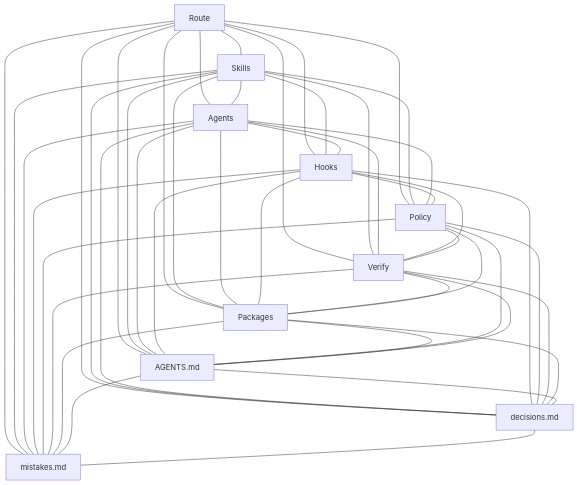
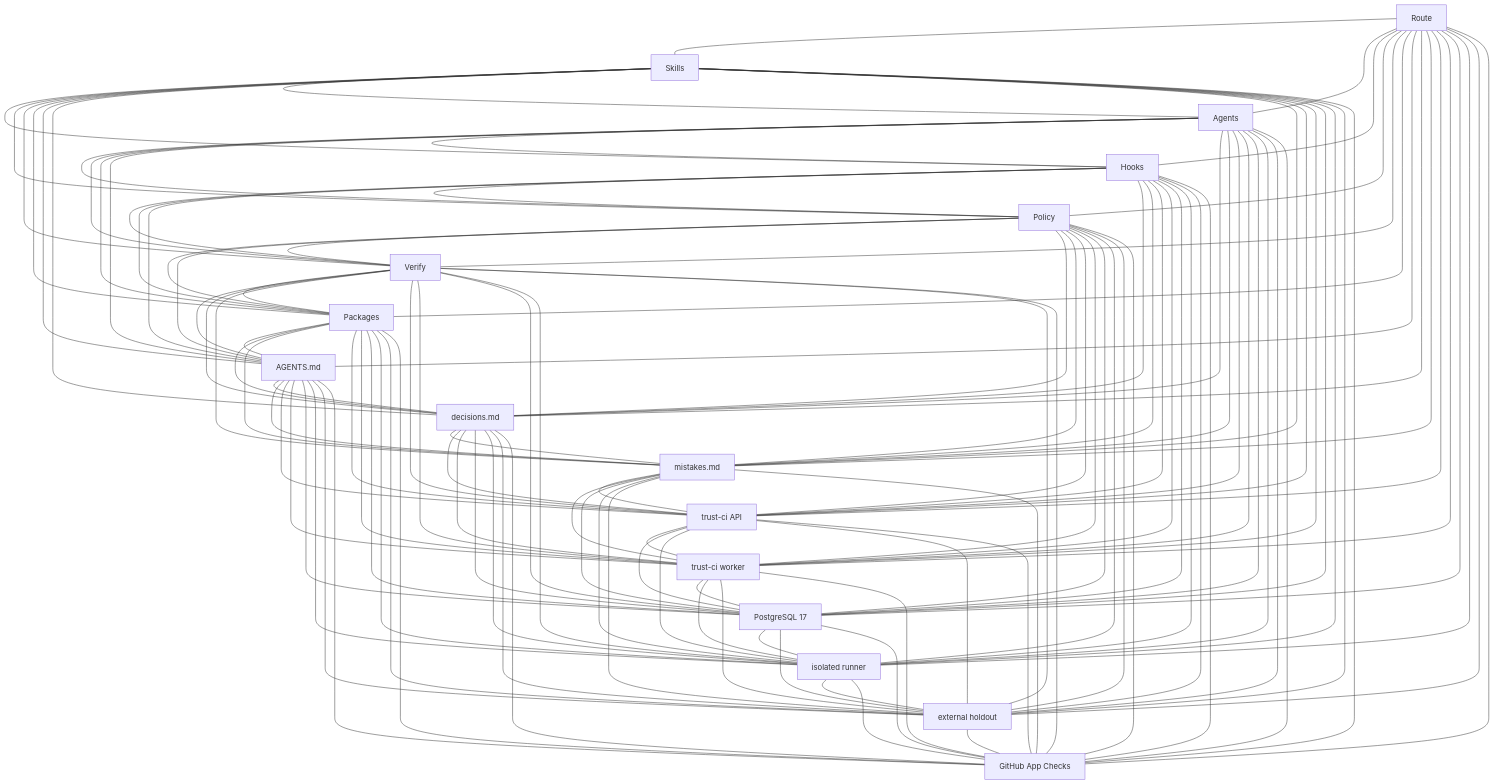
Before and after one commit to Dimkox/adaptive-grok-build-pro: the diagram in README.md, drawn with Mermaid. The commit also changed other lines of this file and 62 other files, not shown here.

````diff
--- a/README.md
+++ b/README.md
@@ -69,6 +70,12 @@
   Contract["AGENTS.md"]
   Decisions["decisions.md"]
   Mistakes["mistakes.md"]
+  TrustAPI["trust-ci API"]
+  TrustWorker["trust-ci worker"]
+  Postgres["PostgreSQL 17"]
+  Runner["isolated runner"]
+  Holdout["external holdout"]
+  GitHubApp["GitHub App Checks"]
   Route --- Skills
   Route --- Agents
   Route --- Hooks
@@ -78,6 +85,12 @@
   Route --- Contract
   Route --- Decisions
   Route --- Mistakes
+  Route --- TrustAPI
+  Route --- TrustWorker
+  Route --- Postgres
+  Route --- Runner
+  Route --- Holdout
+  Route --- GitHubApp
   Skills --- Agents
   Skills --- Hooks
   Skills --- Policy
@@ -86,6 +99,12 @@
   Skills --- Contract
   Skills --- Decisions
   Skills --- Mistakes
+  Skills --- TrustAPI
+  Skills --- TrustWorker
+  Skills --- Postgres
+  Skills --- Runner
+  Skills --- Holdout
+  Skills --- GitHubApp
   Agents --- Hooks
   Agents --- Policy
   Agents --- Verify
@@ -93,25 +112,88 @@
   Agents --- Contract
   Agents --- Decisions
   Agents --- Mistakes
+  Agents --- TrustAPI
+  Agents --- TrustWorker
+  Agents --- Postgres
+  Agents --- Runner
+  Agents --- Holdout
+  Agents --- GitHubApp
   Hooks --- Policy
   Hooks --- Verify
   Hooks --- Packages
   Hooks --- Contract
   Hooks --- Decisions
   Hooks --- Mistakes
+  Hooks --- TrustAPI
+  Hooks --- TrustWorker
+  Hooks --- Postgres
+  Hooks --- Runner
+  Hooks --- Holdout
+  Hooks --- GitHubApp
   Policy --- Verify
   Policy --- Packages
   Policy --- Contract
   Policy --- Decisions
   Policy --- Mistakes
+  Policy --- TrustAPI
+  Policy --- TrustWorker
+  Policy --- Postgres
+  Policy --- Runner
+  Policy --- Holdout
+  Policy --- GitHubApp
   Verify --- Packages
   Verify --- Contract
   Verify --- Decisions
   Verify --- Mistakes
+  Verify --- TrustAPI
+  Verify --- TrustWorker
+  Verify --- Postgres
+  Verify --- Runner
+  Verify --- Holdout
+  Verify --- GitHubApp
   Packages --- Contract
   Packages --- Decisions
   Packages --- Mistakes
+  Packages --- TrustAPI
+  Packages --- TrustWorker
+  Packages --- Postgres
+  Packages --- Runner
+  Packages --- Holdout
+  Packages --- GitHubApp
   Contract --- Decisions
   Contract --- Mistakes
+  Contract --- TrustAPI
+  Contract --- TrustWorker
+  Contract --- Postgres
+  Contract --- Runner
+  Contract --- Holdout
+  Contract --- GitHubApp
   Decisions --- Mistakes
+  Decisions --- TrustAPI
+  Decisions --- TrustWorker
+  Decisions --- Postgres
+  Decisions --- Runner
+  Decisions --- Holdout
+  Decisions --- GitHubApp
+  Mistakes --- TrustAPI
+  Mistakes --- TrustWorker
+  Mistakes --- Postgres
+  Mistakes --- Runner
+  Mistakes --- Holdout
+  Mistakes --- GitHubApp
+  TrustAPI --- TrustWorker
+  TrustAPI --- Postgres
+  TrustAPI --- Runner
+  TrustAPI --- Holdout
+  TrustAPI --- GitHubApp
+  TrustWorker --- Postgres
+  TrustWorker --- Runner
+  TrustWorker --- Holdout
+  TrustWorker --- GitHubApp
+  Postgres --- Runner
+  Postgres --- Holdout
+  Postgres --- GitHubApp
+  Runner --- Holdout
+  Runner --- GitHubApp
+  Holdout --- GitHubApp
 ```
````
